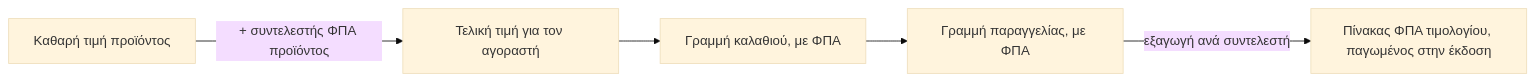
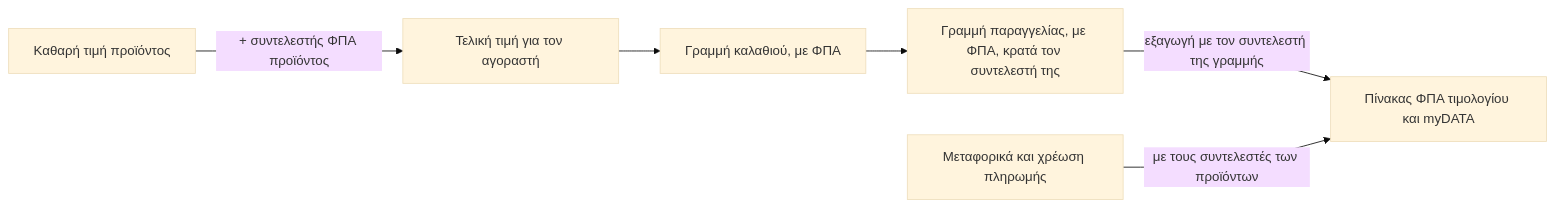
Before and after one commit to vasilistotskas/grooveshop-docs: the diagram in src/el/admin/sales/vat-rates.md, drawn with Mermaid (base theme). The commit also changed other lines of this file and 25 other files, not shown here.

````diff
--- a/src/el/admin/sales/vat-rates.md
+++ b/src/el/admin/sales/vat-rates.md
@@ -36,7 +36,8 @@
 ```mermaid
 flowchart LR
   P[Καθαρή τιμή προϊόντος] -->|+ συντελεστής ΦΠΑ προϊόντος| F[Τελική τιμή για τον αγοραστή]
   F --> C[Γραμμή καλαθιού, με ΦΠΑ]
-  C --> O[Γραμμή παραγγελίας, με ΦΠΑ]
-  O -->|εξαγωγή ανά συντελεστή| I[Πίνακας ΦΠΑ τιμολογίου, παγωμένος στην έκδοση]
+  C --> O[Γραμμή παραγγελίας, με ΦΠΑ, κρατά τον συντελεστή της]
+  O -->|εξαγωγή με τον συντελεστή της γραμμής| I[Πίνακας ΦΠΑ τιμολογίου και myDATA]
+  S[Μεταφορικά και χρέωση πληρωμής] -->|με τους συντελεστές των προϊόντων| I
 ```
````
